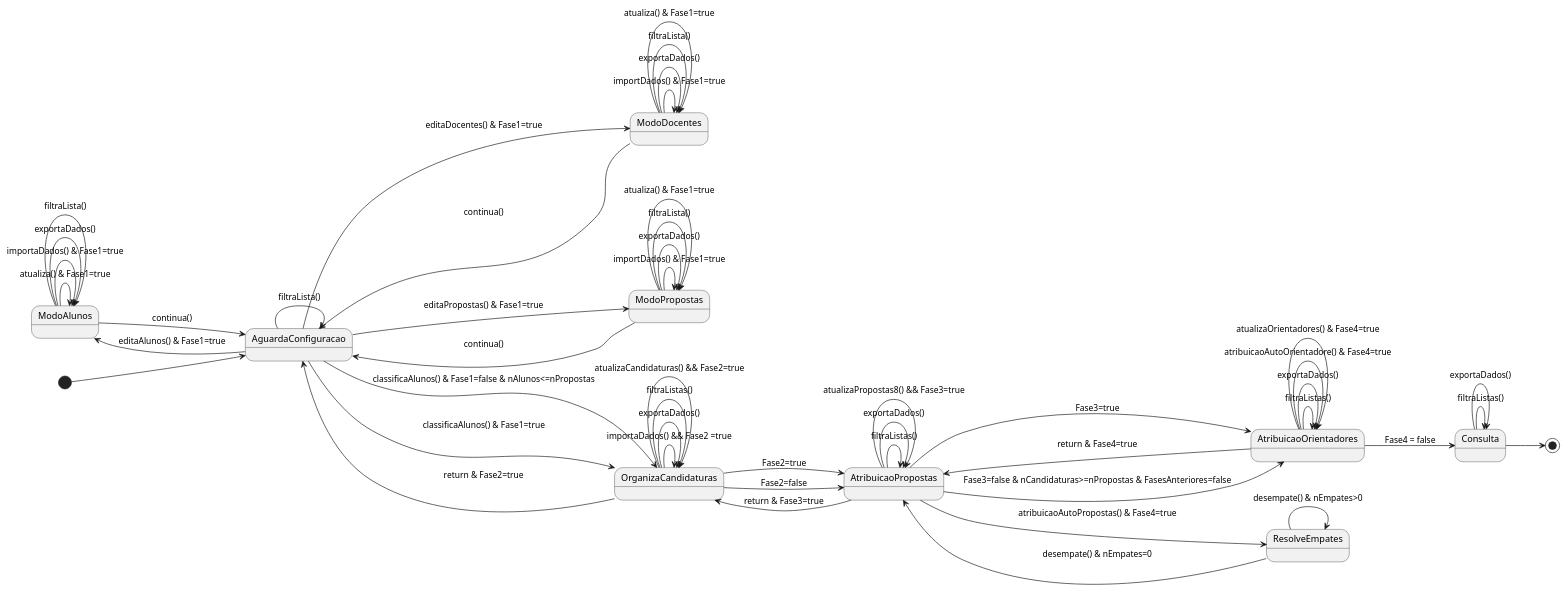
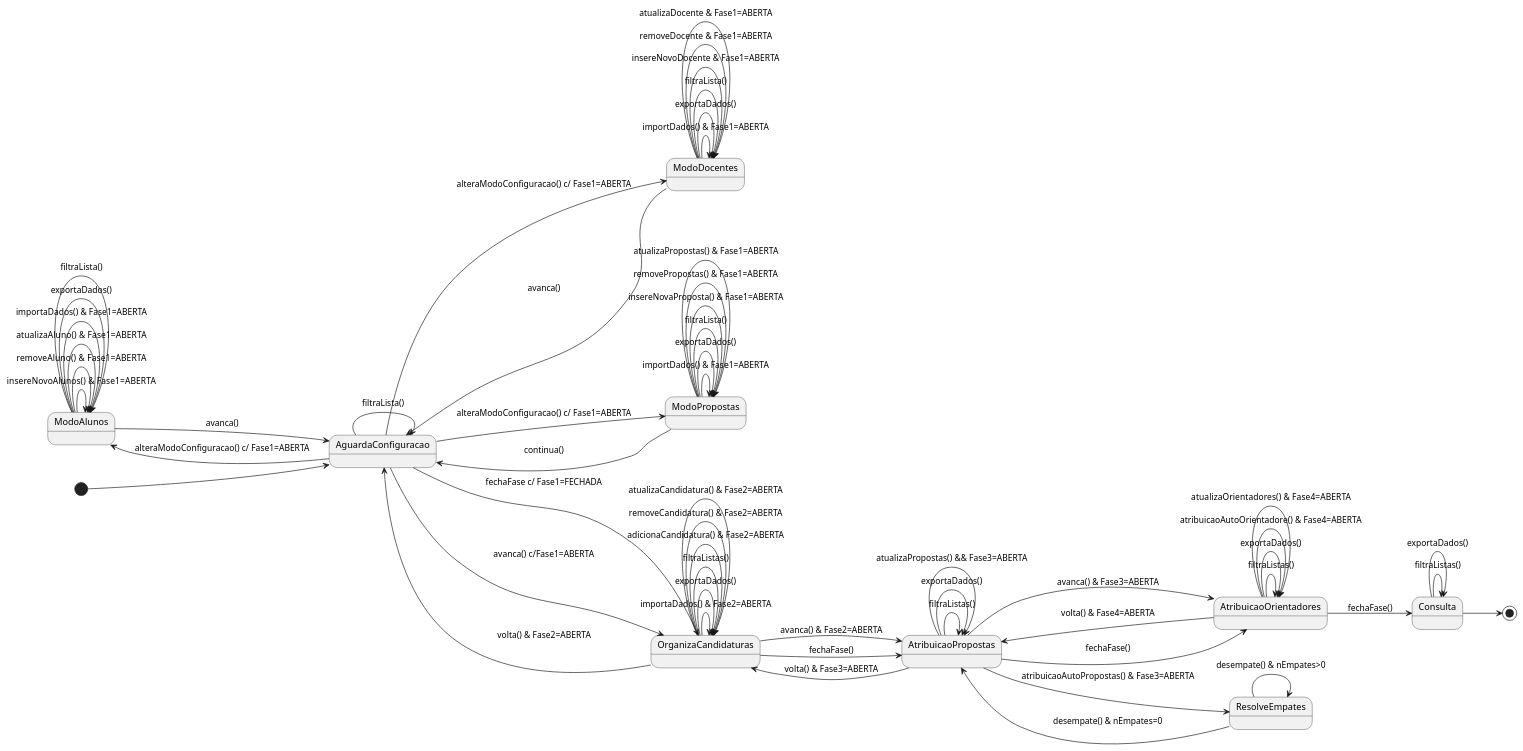
Before and after one commit to ana-sv/Apoio_poe: the diagram in DigramaDeEstados.PlantUML, drawn with PlantUML. The commit also changed 21 other files, not shown here.

```diff
--- a/DigramaDeEstados.PlantUML
+++ b/DigramaDeEstados.PlantUML
@@ -1,78 +1,88 @@
 @startuml
 left to right direction
 
 [*] --> AguardaConfiguracao 
 
 
 ' AguardaConfiguracao --> FASE1
 AguardaConfiguracao --> AguardaConfiguracao : filtraLista()
-AguardaConfiguracao --> ModoAlunos : editaAlunos() & Fase1=true 
-AguardaConfiguracao --> ModoDocentes : editaDocentes() & Fase1=true 
-AguardaConfiguracao --> ModoPropostas : editaPropostas() & Fase1=true 
-AguardaConfiguracao --> OrganizaCandidaturas : classificaAlunos() & Fase1=false & nAlunos<=nPropostas
-AguardaConfiguracao --> OrganizaCandidaturas : classificaAlunos() & Fase1=true  
+AguardaConfiguracao --> ModoAlunos : alteraModoConfiguracao() c/ Fase1=ABERTA 
+AguardaConfiguracao --> ModoDocentes : alteraModoConfiguracao() c/ Fase1=ABERTA 
+AguardaConfiguracao --> ModoPropostas : alteraModoConfiguracao() c/ Fase1=ABERTA 
+AguardaConfiguracao --> OrganizaCandidaturas : fechaFase c/ Fase1=FECHADA 
+' neste estado, o metod fechaFase: Fase1=FECHADA, classificacao dos alunos e avança para o proximo estado 
+AguardaConfiguracao --> OrganizaCandidaturas : avanca() c/Fase1=ABERTA 
+' avanca : classifica alunos e avanca
 
 
 ' ModoAlunos - FASE1 
-ModoAlunos --> ModoAlunos : importaDados() & Fase1=true 
+ModoAlunos --> ModoAlunos : importaDados() & Fase1=ABERTA
 ModoAlunos --> ModoAlunos : exportaDados()
 ModoAlunos --> ModoAlunos : filtraLista()
-ModoAlunos -> ModoAlunos : atualiza() & Fase1=true
-ModoAlunos --> AguardaConfiguracao : continua()
+ModoAlunos -> ModoAlunos : insereNovoAlunos()  & Fase1=ABERTA
+ModoAlunos -> ModoAlunos : removeAluno()  & Fase1=ABERTA
+ModoAlunos -> ModoAlunos : atualizaAluno()  & Fase1=ABERTA
+ModoAlunos --> AguardaConfiguracao : avanca()
 
 ' ModoDocentes - FASE1 
-ModoDocentes --> ModoDocentes : importDados() & Fase1=true
+ModoDocentes --> ModoDocentes : importDados() & Fase1=ABERTA
 ModoDocentes --> ModoDocentes : exportaDados() 
 ModoDocentes --> ModoDocentes : filtraLista() 
-ModoDocentes --> ModoDocentes : atualiza() & Fase1=true 
-ModoDocentes --> AguardaConfiguracao: continua() 
+ModoDocentes --> ModoDocentes : insereNovoDocente & Fase1=ABERTA
+ModoDocentes --> ModoDocentes : removeDocente & Fase1=ABERTA
+ModoDocentes --> ModoDocentes : atualizaDocente & Fase1=ABERTA
+ModoDocentes --> AguardaConfiguracao: avanca() 
 
 ' ModoPropostas - FASE1
-ModoPropostas --> ModoPropostas : importDados() & Fase1=true 
+ModoPropostas --> ModoPropostas : importDados() & Fase1=ABERTA
 ModoPropostas --> ModoPropostas : exportaDados() 
 ModoPropostas --> ModoPropostas : filtraLista() 
-ModoPropostas --> ModoPropostas : atualiza() & Fase1=true 
+ModoPropostas --> ModoPropostas : insereNovaProposta() & Fase1=ABERTA
+ModoPropostas --> ModoPropostas : removePropostas() & Fase1=ABERTA
+ModoPropostas --> ModoPropostas : atualizaPropostas() & Fase1=ABERTA
 ModoPropostas --> AguardaConfiguracao: continua() 
 
 
 ' OrganizaCandidatura - FASE2
-OrganizaCandidaturas --> AguardaConfiguracao : return & Fase2=true 
-OrganizaCandidaturas --> OrganizaCandidaturas : importaDados() && Fase2 =true 
+OrganizaCandidaturas --> AguardaConfiguracao : volta() & Fase2=ABERTA
+OrganizaCandidaturas --> OrganizaCandidaturas : importaDados() & Fase2=ABERTA
 OrganizaCandidaturas --> OrganizaCandidaturas : exportaDados() 
 OrganizaCandidaturas --> OrganizaCandidaturas : filtraListas() 
-OrganizaCandidaturas --> OrganizaCandidaturas : atualizaCandidaturas() && Fase2=true 
-OrganizaCandidaturas --> AtribuicaoPropostas : Fase2=true 
-OrganizaCandidaturas --> AtribuicaoPropostas : Fase2=false 
+OrganizaCandidaturas --> OrganizaCandidaturas : adicionaCandidatura() & Fase2=ABERTA
+OrganizaCandidaturas --> OrganizaCandidaturas : removeCandidatura() & Fase2=ABERTA
+OrganizaCandidaturas --> OrganizaCandidaturas : atualizaCandidatura() & Fase2=ABERTA
+OrganizaCandidaturas --> AtribuicaoPropostas : avanca() & Fase2=ABERTA 
+OrganizaCandidaturas --> AtribuicaoPropostas : fechaFase() 
 
 ' AtribuicaoPropostas -FASE3
-AtribuicaoPropostas --> OrganizaCandidaturas : return & Fase3=true 
+AtribuicaoPropostas --> OrganizaCandidaturas : volta() & Fase3=ABERTA
 AtribuicaoPropostas --> AtribuicaoPropostas : filtraListas() 
 AtribuicaoPropostas --> AtribuicaoPropostas : exportaDados() 
-AtribuicaoPropostas --> AtribuicaoPropostas : atualizaPropostas8() && Fase3=true 
-AtribuicaoPropostas --> ResolveEmpates : atribuicaoAutoPropostas() & Fase4=true 
-AtribuicaoPropostas --> AtribuicaoOrientadores : Fase3=true 
-AtribuicaoPropostas --> AtribuicaoOrientadores : Fase3=false & nCandidaturas>=nPropostas & FasesAnteriores=false 
+AtribuicaoPropostas --> AtribuicaoPropostas : atualizaPropostas() && Fase3=ABERTA
+AtribuicaoPropostas --> ResolveEmpates : atribuicaoAutoPropostas() & Fase3=ABERTA
+AtribuicaoPropostas --> AtribuicaoOrientadores : avanca() & Fase3=ABERTA 
+AtribuicaoPropostas --> AtribuicaoOrientadores : fechaFase() 
 
 ' ConsultaEmpates - FASE4
 ResolveEmpates --> ResolveEmpates : desempate() & nEmpates>0
 ResolveEmpates --> AtribuicaoPropostas : desempate() & nEmpates=0
 
 ' AtribuicaoOrientadores - FASE4
-AtribuicaoOrientadores --> AtribuicaoPropostas : return & Fase4=true 
+AtribuicaoOrientadores --> AtribuicaoPropostas : volta() & Fase4=ABERTA
 AtribuicaoOrientadores -> AtribuicaoOrientadores : filtraListas() 
 AtribuicaoOrientadores --> AtribuicaoOrientadores : exportaDados()
-AtribuicaoOrientadores --> AtribuicaoOrientadores : atribuicaoAutoOrientadore() & Fase4=true 
-AtribuicaoOrientadores --> AtribuicaoOrientadores : atualizaOrientadores() & Fase4=true 
-AtribuicaoOrientadores --> Consulta : Fase4 = false 
+AtribuicaoOrientadores --> AtribuicaoOrientadores : atribuicaoAutoOrientadore() & Fase4=ABERTA
+AtribuicaoOrientadores --> AtribuicaoOrientadores : atualizaOrientadores()  & Fase4=ABERTA
+AtribuicaoOrientadores --> Consulta : fechaFase()
 
 ' Consulta - FASE5
 Consulta --> Consulta : exportaDados() 
 Consulta -> Consulta : filtraListas() 
 Consulta --> [*]
 
 
 
 
 
 
 @enduml
```
